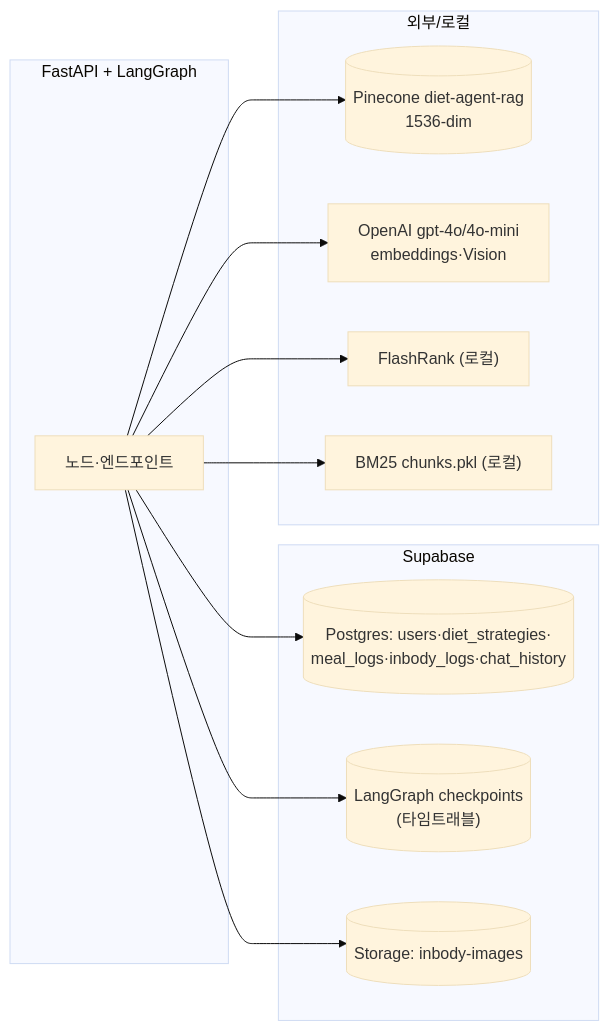
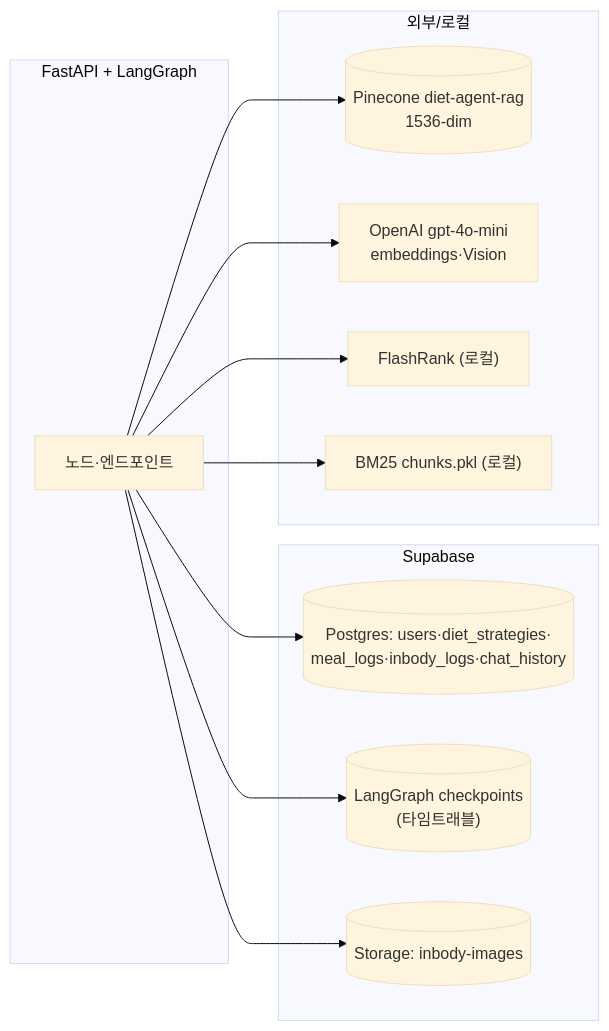
The seventh of 7 diagrams in ARCHITECTURE.md (Kim-Du-Yeon/MetaDiet-AI), drawn with Mermaid (base theme) before and after one commit. The commit also changed other lines of this file and 17 other files, not shown here.

Commit message:
Use gpt-4o-mini across app and docs

````diff
--- a/ARCHITECTURE.md
+++ b/ARCHITECTURE.md
@@ -387,24 +387,24 @@
 ```mermaid
 flowchart LR
     subgraph APP["FastAPI + LangGraph"]
       N[노드·엔드포인트]
     end
     subgraph SUPA["Supabase"]
       PG[("Postgres: users·diet_strategies·<br/>meal_logs·inbody_logs·chat_history")]
       CKPT[("LangGraph checkpoints<br/>(타임트래블)")]
       STORE[("Storage: inbody-images")]
     end
     subgraph EXT["외부/로컬"]
       PINE[(Pinecone diet-agent-rag<br/>1536-dim)]
-      OAI["OpenAI gpt-4o/4o-mini<br/>embeddings·Vision"]
+      OAI["OpenAI gpt-4o-mini<br/>embeddings·Vision"]
       FR["FlashRank (로컬)"]
       BM["BM25 chunks.pkl (로컬)"]
     end
     N --> PG
     N --> CKPT
     N --> PINE
     N --> OAI
     N --> FR
     N --> BM
     N --> STORE
 ```
````
